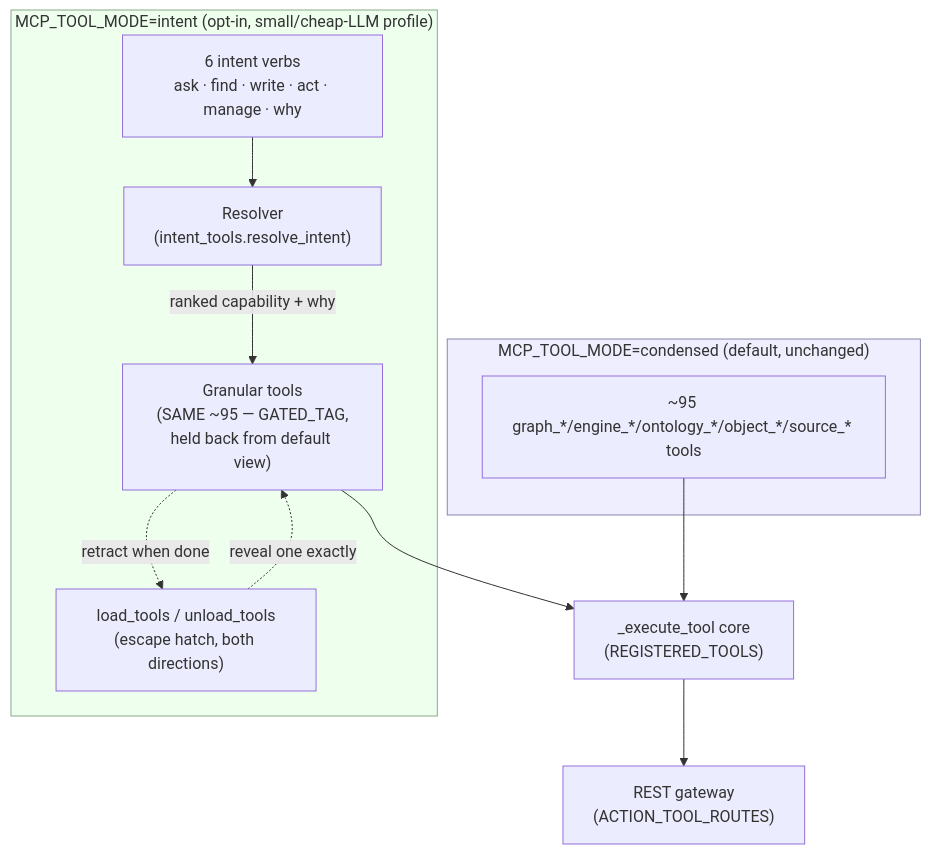
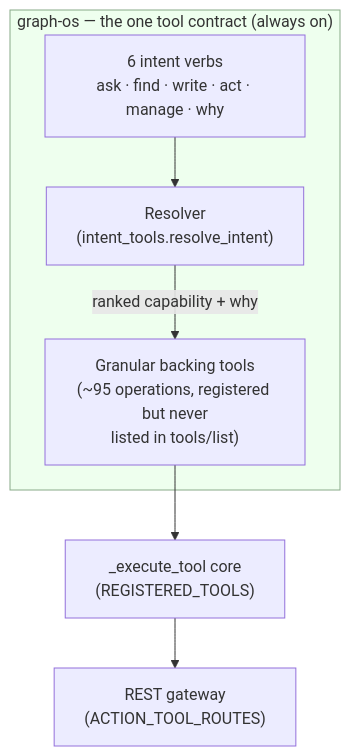
The diagram in docs/architecture/intent-surface.md (Knuckles-Team/agent-utilities), drawn with Mermaid before and after one commit. The commit also changed other lines of this file and 33 other files, not shown here.

First line of the commit message:
chore(mcp): retire MCP_TOOL_MODE from docs, config, deploy and skills

````diff
--- a/docs/architecture/intent-surface.md
+++ b/docs/architecture/intent-surface.md
@@ -33,28 +48,19 @@
 ```mermaid
 flowchart TD
-    subgraph Default["MCP_TOOL_MODE=condensed (default, unchanged)"]
-        C1["~95 graph_*/engine_*/ontology_*/object_*/source_* tools"]
-    end
-
-    subgraph Intent["MCP_TOOL_MODE=intent (opt-in, small/cheap-LLM profile)"]
+    subgraph Intent["graph-os — the one tool contract (always on)"]
         V["6 intent verbs\nask · find · write · act · manage · why"]
         R["Resolver\n(intent_tools.resolve_intent)"]
-        G["Granular tools\n(SAME ~95 — GATED_TAG,\nheld back from default view)"]
-        LT["load_tools / unload_tools\n(escape hatch, both directions)"]
+        G["Granular backing tools\n(~95 operations, registered but never\nlisted in tools/list)"]
 
         V --> R
         R -->|"ranked capability + why"| G
-        LT -.->|reveal one exactly| G
-        G -.->|retract when done| LT
     end
 
     X["_execute_tool core\n(REGISTERED_TOOLS)"]
     REST["REST gateway\n(ACTION_TOOL_ROUTES)"]
 
-    C1 --> X
     G --> X
     X --> REST
 
-    style Default fill:#eef,stroke:#88a
     style Intent fill:#efe,stroke:#8a8
 ```
````
